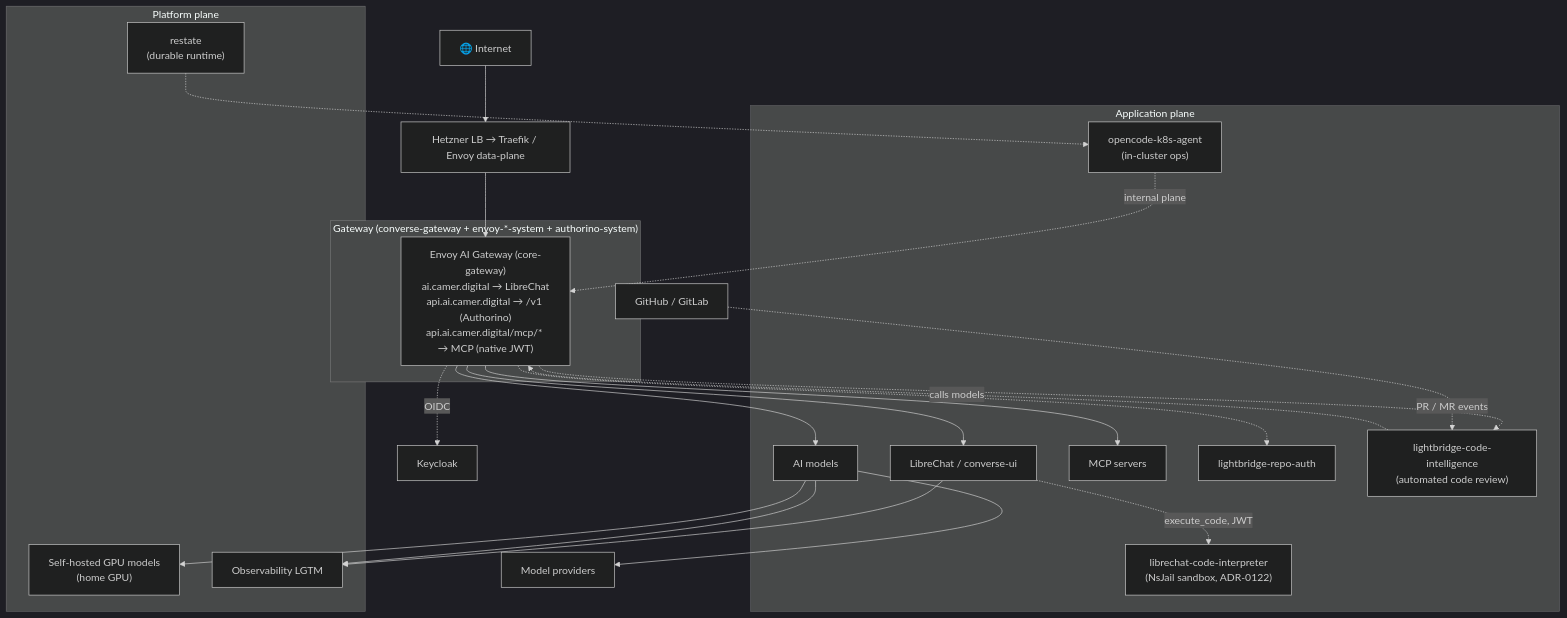
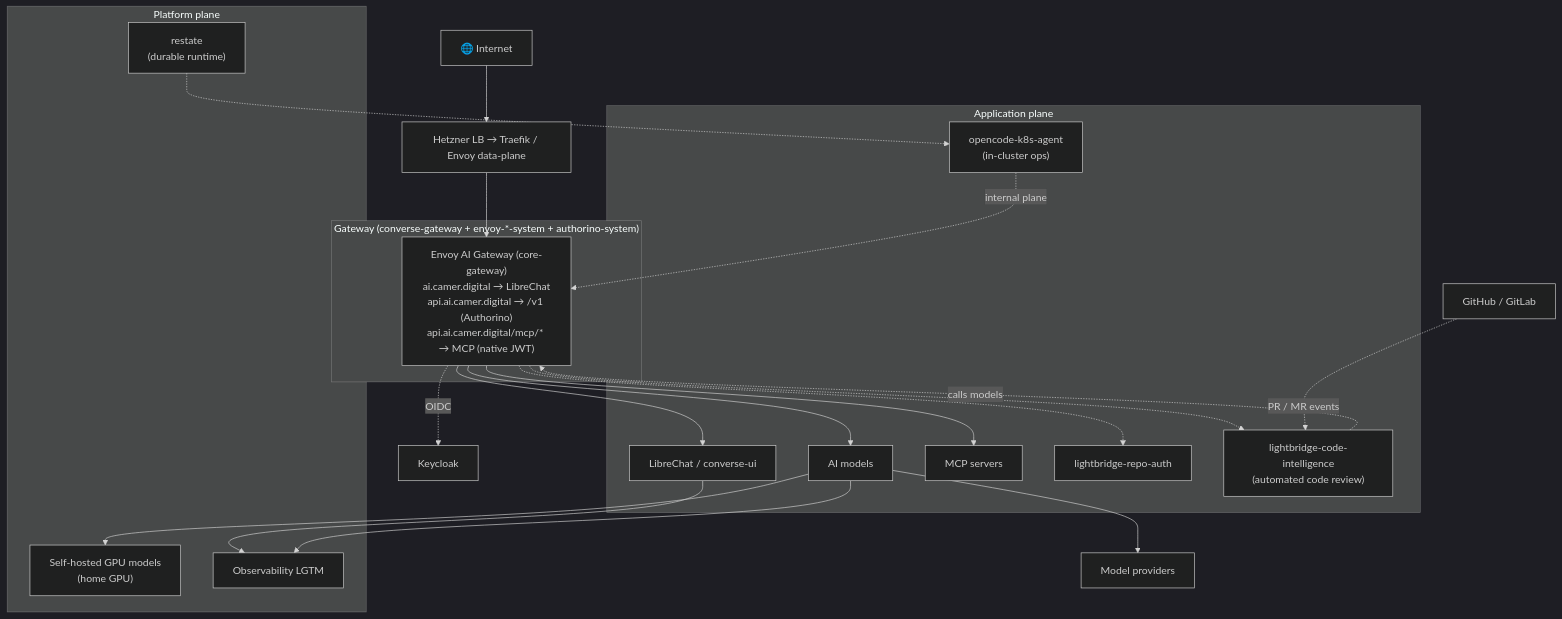
The second of 7 diagrams in docs/architecture.md (ADORSYS-GIS/ai-helm), drawn with Mermaid (dark theme) before and after one commit. The commit also changed other lines of this file and 145 other files, not shown here.

First line of the commit message:
chore(apps): remove coder, mlops and librechat code interpreter end to end (#1154)

````diff
--- a/docs/architecture.md
+++ b/docs/architecture.md
@@ -41,43 +40,41 @@
 ```mermaid
 flowchart TB
     NET["🌐 Internet"]
     LB["Hetzner LB → Traefik / Envoy data-plane"]
 
     subgraph gw["Gateway (converse-gateway + envoy-*-system + authorino-system)"]
         CG["Envoy AI Gateway (core-gateway)<br/>ai.camer.digital → LibreChat<br/>api.ai.camer.digital → /v1 (Authorino)<br/>api.ai.camer.digital/mcp/* → MCP (native JWT)"]
     end
 
     subgraph app["Application plane"]
         LC["LibreChat / converse-ui"]
         MODELS["AI models"]
         MCP["MCP servers"]
         REPO["lightbridge-repo-auth"]
         LCI["lightbridge-code-intelligence<br/>(automated code review)"]
         AGENT["opencode-k8s-agent<br/>(in-cluster ops)"]
-        CI["librechat-code-interpreter<br/>(NsJail sandbox, ADR-0122)"]
     end
 
     subgraph infra["Platform plane"]
         GPU["Self-hosted GPU models<br/>(home GPU)"]
         OBS["Observability LGTM"]
         RST["restate<br/>(durable runtime)"]
     end
 
     KC["Keycloak"]
     PROV["Model providers"]
     GIT["GitHub / GitLab"]
 
     NET --> LB --> CG
     CG --> LC & MODELS & MCP
     CG -.-> REPO & LCI
     AGENT -.internal plane.-> CG
     LCI -.calls models.-> CG
     GIT -.PR / MR events.-> LCI
     MODELS --> PROV & GPU
     CG -.OIDC.-> KC
     LC --> OBS
     MODELS --> OBS
     RST -.-> AGENT
-    LC -.execute_code, JWT.-> CI
 
 ```
````
